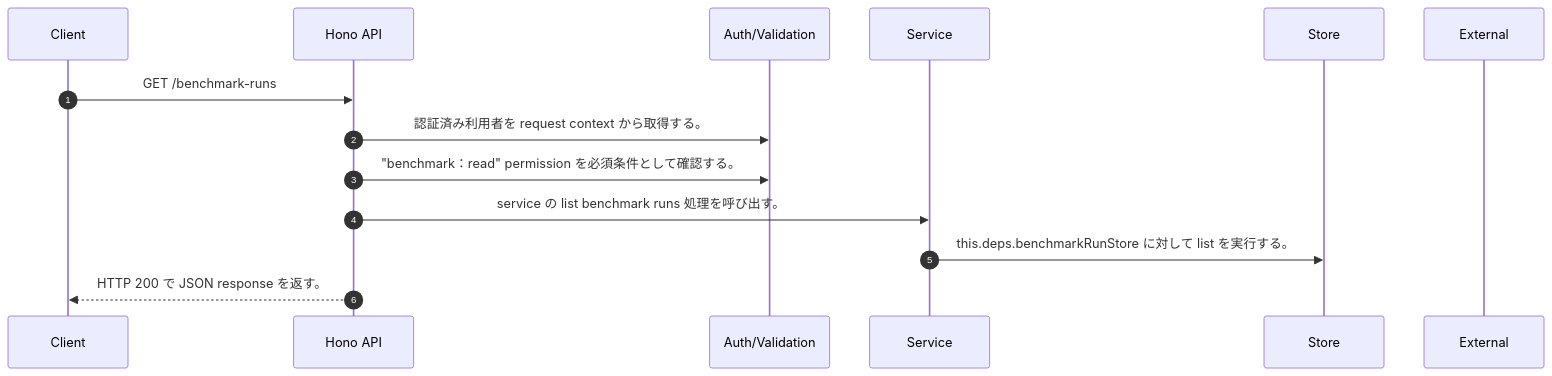
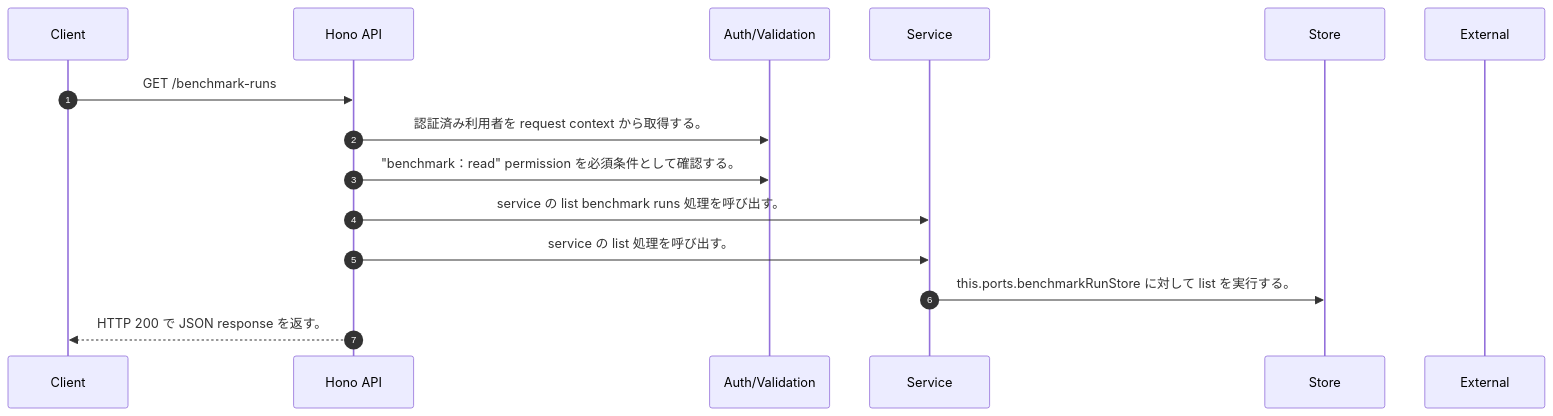
Before and after one commit to tsuji-tomonori/rag-assist: the diagram in docs/generated/api-code/get-benchmark-runs/sequence_gen.md, drawn with Mermaid. The commit also changed other lines of this file and 304 other files, not shown here.

Commit message:
♻️ refactor(benchmark): run query を narrow port へ分離

````diff
--- a/docs/generated/api-code/get-benchmark-runs/sequence_gen.md
+++ b/docs/generated/api-code/get-benchmark-runs/sequence_gen.md
@@ -7,16 +7,17 @@
 ```mermaid
 sequenceDiagram
   autonumber
   participant Client as Client
   participant API as Hono API
   participant Auth as Auth/Validation
   participant Service as Service
   participant Store as Store
   participant External as External
   Client->>API: GET /benchmark-runs
   API->>Auth: 認証済み利用者を request context から取得する。
   API->>Auth: "benchmark：read" permission を必須条件として確認する。
   API->>Service: service の list benchmark runs 処理を呼び出す。
-  Service->>Store: this.deps.benchmarkRunStore に対して list を実行する。
+  API->>Service: service の list 処理を呼び出す。
+  Service->>Store: this.ports.benchmarkRunStore に対して list を実行する。
   API-->>Client: HTTP 200 で JSON response を返す。
 ```
````
